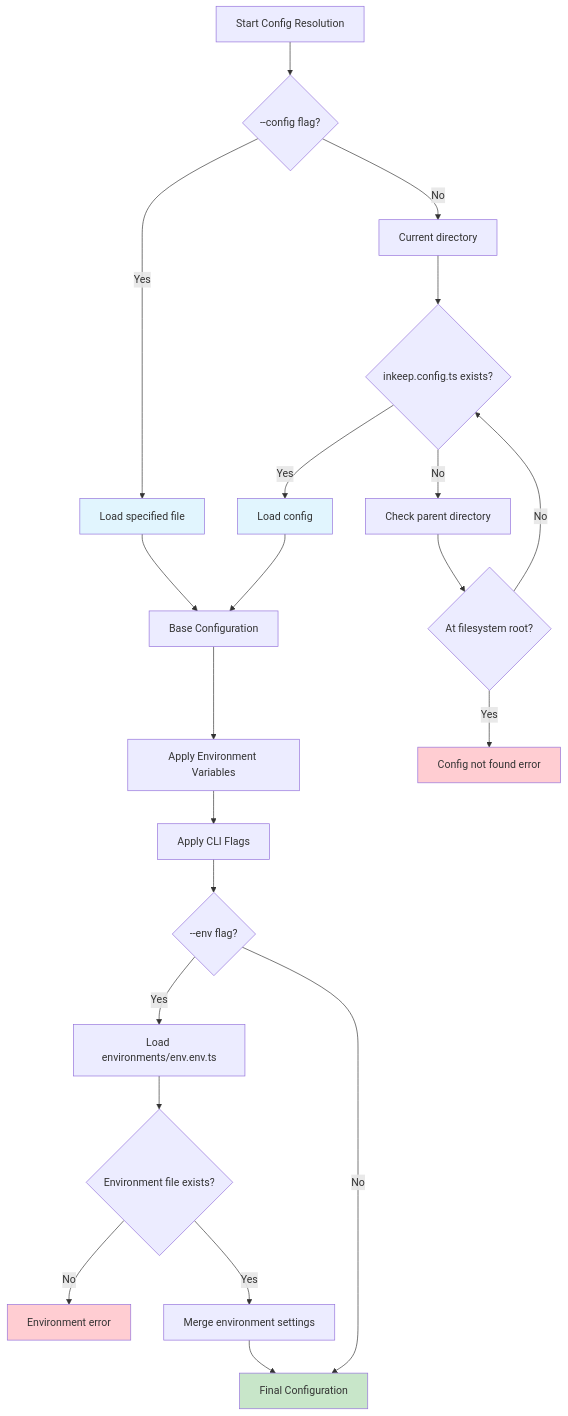
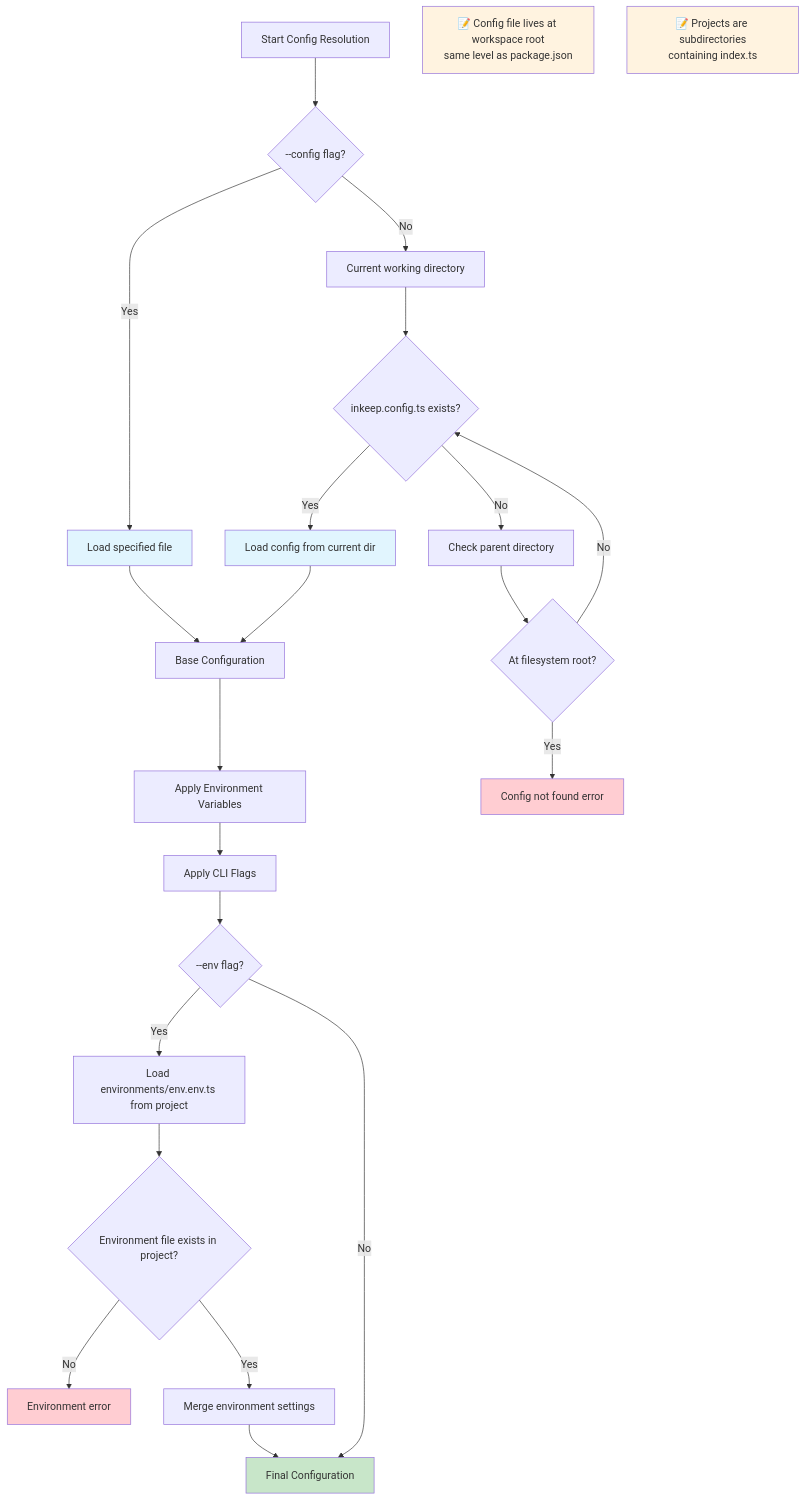
The second of 8 diagrams in agents-docs/content/docs/typescript-sdk/push-pull-workflows.mdx (inkeep/agents), drawn with Mermaid before and after one commit. The commit also changed other lines of this file and 5 other files, not shown here.

````diff
--- a/agents-docs/content/docs/typescript-sdk/push-pull-workflows.mdx
+++ b/agents-docs/content/docs/typescript-sdk/push-pull-workflows.mdx
@@ -72,34 +72,41 @@
 ```mermaid
 graph TD
     A[Start Config Resolution] --> B{--config flag?}
     B -->|Yes| C[Load specified file]
-    B -->|No| D[Current directory]
+    B -->|No| D[Current working directory]
 
     D --> E{inkeep.config.ts exists?}
-    E -->|Yes| F[Load config]
+    E -->|Yes| F[Load config from current dir]
     E -->|No| G[Check parent directory]
     G --> H{At filesystem root?}
     H -->|No| E
     H -->|Yes| I[Config not found error]
 
     C --> J[Base Configuration]
     F --> J
 
     J --> K[Apply Environment Variables]
     K --> L[Apply CLI Flags]
     L --> M{--env flag?}
 
-    M -->|Yes| N[Load environments/env.env.ts]
+    M -->|Yes| N[Load environments/env.env.ts from project]
     M -->|No| O[Final Configuration]
 
-    N --> P{Environment file exists?}
+    N --> P{Environment file exists in project?}
     P -->|No| Q[Environment error]
     P -->|Yes| R[Merge environment settings]
     R --> O
 
     style C fill:#e1f5fe
     style F fill:#e1f5fe
     style O fill:#c8e6c9
     style I fill:#ffcdd2
     style Q fill:#ffcdd2
+
+    %% Notes
+    S["📝 Config file lives at workspace root<br/>same level as package.json"]
+    T["📝 Projects are subdirectories<br/>containing index.ts"]
+
+    style S fill:#fff3e0
+    style T fill:#fff3e0
 ```
````
